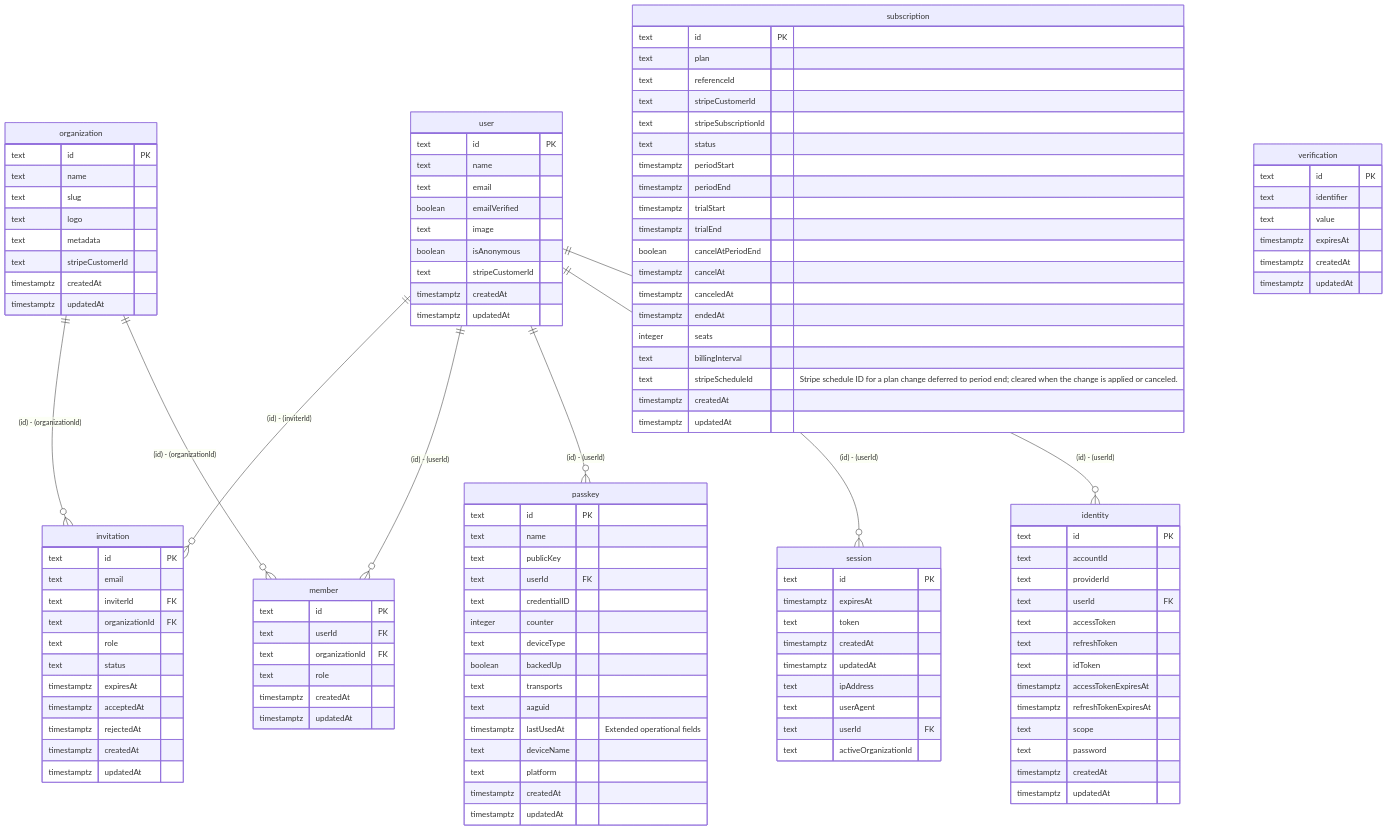
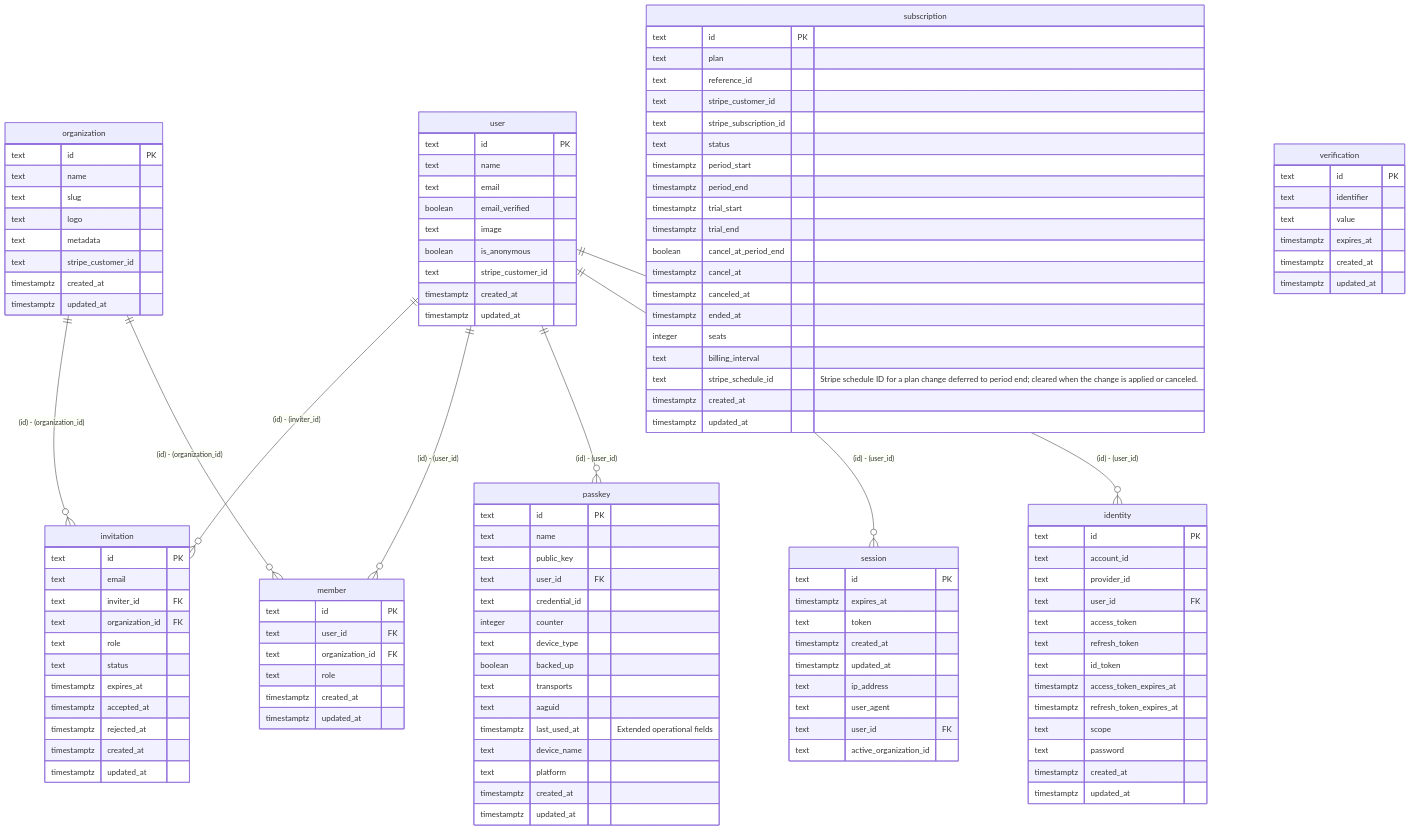
Before and after one commit to nakita628/drizzler-examples: the diagram in apps/react-starter-kit/docs/er.md, drawn with Mermaid. The commit also changed 8 other files, not shown here.

````diff
--- a/apps/react-starter-kit/docs/er.md
+++ b/apps/react-starter-kit/docs/er.md
@@ -1,24 +1,24 @@
 ```mermaid
 erDiagram
-    user ||--o{ invitation : "(id) - (inviterId)"
-    organization ||--o{ invitation : "(id) - (organizationId)"
-    user ||--o{ member : "(id) - (userId)"
-    organization ||--o{ member : "(id) - (organizationId)"
-    user ||--o{ passkey : "(id) - (userId)"
-    user ||--o{ session : "(id) - (userId)"
-    user ||--o{ identity : "(id) - (userId)"
+    user ||--o{ invitation : "(id) - (inviter_id)"
+    organization ||--o{ invitation : "(id) - (organization_id)"
+    user ||--o{ member : "(id) - (user_id)"
+    organization ||--o{ member : "(id) - (organization_id)"
+    user ||--o{ passkey : "(id) - (user_id)"
+    user ||--o{ session : "(id) - (user_id)"
+    user ||--o{ identity : "(id) - (user_id)"
     invitation {
         text id PK
         text email
-        text inviterId FK
-        text organizationId FK
+        text inviter_id FK
+        text organization_id FK
         text role
         text status
-        timestamptz expiresAt
-        timestamptz acceptedAt
-        timestamptz rejectedAt
-        timestamptz createdAt
-        timestamptz updatedAt
+        timestamptz expires_at
+        timestamptz accepted_at
+        timestamptz rejected_at
+        timestamptz created_at
+        timestamptz updated_at
     }
     organization {
         text id PK
@@ -26,99 +26,99 @@
         text slug
         text logo
         text metadata
-        text stripeCustomerId
-        timestamptz createdAt
-        timestamptz updatedAt
+        text stripe_customer_id
+        timestamptz created_at
+        timestamptz updated_at
     }
     member {
         text id PK
-        text userId FK
-        text organizationId FK
+        text user_id FK
+        text organization_id FK
         text role
-        timestamptz createdAt
-        timestamptz updatedAt
+        timestamptz created_at
+        timestamptz updated_at
     }
     passkey {
         text id PK
         text name
-        text publicKey
-        text userId FK
-        text credentialID
+        text public_key
+        text user_id FK
+        text credential_id
         integer counter
-        text deviceType
-        boolean backedUp
+        text device_type
+        boolean backed_up
         text transports
         text aaguid
-        timestamptz lastUsedAt "Extended operational fields"
-        text deviceName
+        timestamptz last_used_at "Extended operational fields"
+        text device_name
         text platform
-        timestamptz createdAt
-        timestamptz updatedAt
+        timestamptz created_at
+        timestamptz updated_at
     }
     subscription {
         text id PK
         text plan
-        text referenceId
-        text stripeCustomerId
-        text stripeSubscriptionId
+        text reference_id
+        text stripe_customer_id
+        text stripe_subscription_id
         text status
-        timestamptz periodStart
-        timestamptz periodEnd
-        timestamptz trialStart
-        timestamptz trialEnd
-        boolean cancelAtPeriodEnd
-        timestamptz cancelAt
-        timestamptz canceledAt
-        timestamptz endedAt
+        timestamptz period_start
+        timestamptz period_end
+        timestamptz trial_start
+        timestamptz trial_end
+        boolean cancel_at_period_end
+        timestamptz cancel_at
+        timestamptz canceled_at
+        timestamptz ended_at
         integer seats
-        text billingInterval
-        text stripeScheduleId "Stripe schedule ID for a plan change deferred to period end; cleared when the change is applied or canceled."
-        timestamptz createdAt
-        timestamptz updatedAt
+        text billing_interval
+        text stripe_schedule_id "Stripe schedule ID for a plan change deferred to period end; cleared when the change is applied or canceled."
+        timestamptz created_at
+        timestamptz updated_at
     }
     user {
         text id PK
         text name
         text email
-        boolean emailVerified
+        boolean email_verified
         text image
-        boolean isAnonymous
-        text stripeCustomerId
-        timestamptz createdAt
-        timestamptz updatedAt
+        boolean is_anonymous
+        text stripe_customer_id
+        timestamptz created_at
+        timestamptz updated_at
     }
     session {
         text id PK
-        timestamptz expiresAt
+        timestamptz expires_at
         text token
-        timestamptz createdAt
-        timestamptz updatedAt
-        text ipAddress
-        text userAgent
-        text userId FK
-        text activeOrganizationId
+        timestamptz created_at
+        timestamptz updated_at
+        text ip_address
+        text user_agent
+        text user_id FK
+        text active_organization_id
     }
     identity {
         text id PK
-        text accountId
-        text providerId
-        text userId FK
-        text accessToken
-        text refreshToken
-        text idToken
-        timestamptz accessTokenExpiresAt
-        timestamptz refreshTokenExpiresAt
+        text account_id
+        text provider_id
+        text user_id FK
+        text access_token
+        text refresh_token
+        text id_token
+        timestamptz access_token_expires_at
+        timestamptz refresh_token_expires_at
         text scope
         text password
-        timestamptz createdAt
-        timestamptz updatedAt
+        timestamptz created_at
+        timestamptz updated_at
     }
     verification {
         text id PK
         text identifier
         text value
-        timestamptz expiresAt
-        timestamptz createdAt
-        timestamptz updatedAt
+        timestamptz expires_at
+        timestamptz created_at
+        timestamptz updated_at
     }
 ```
````
